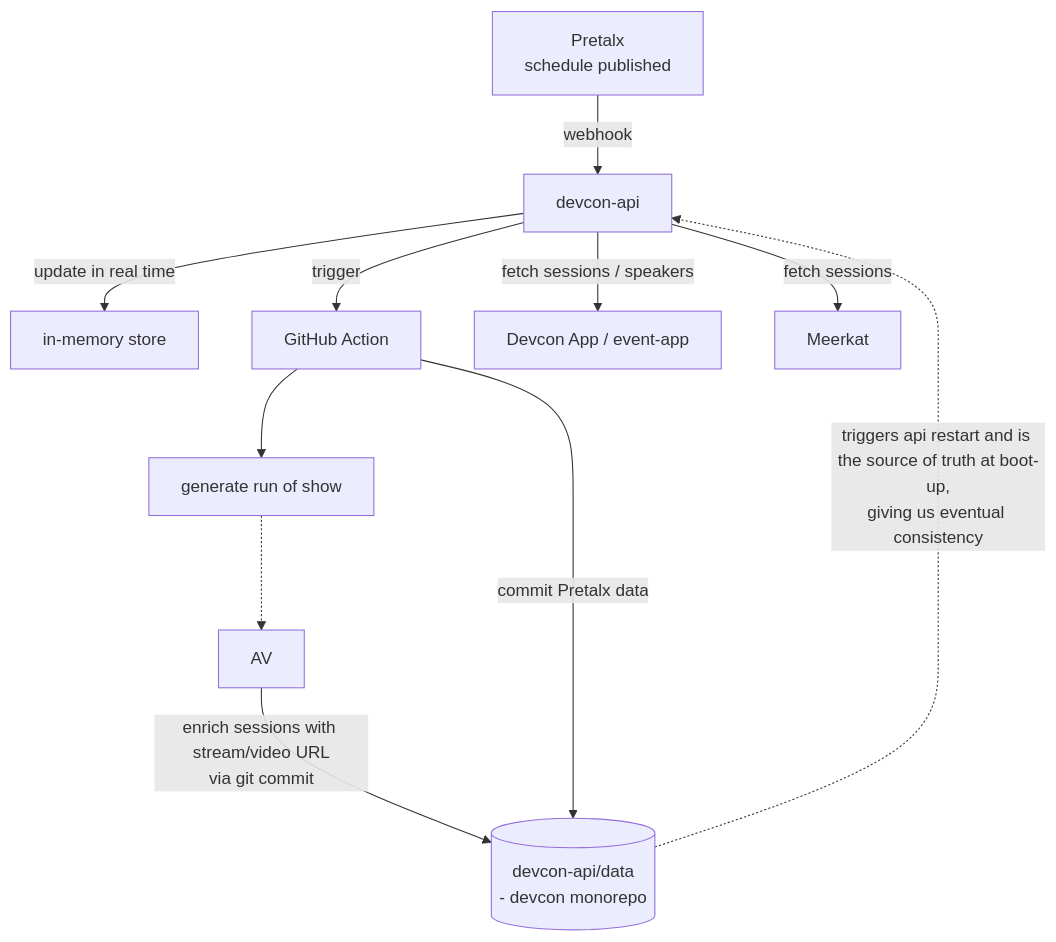
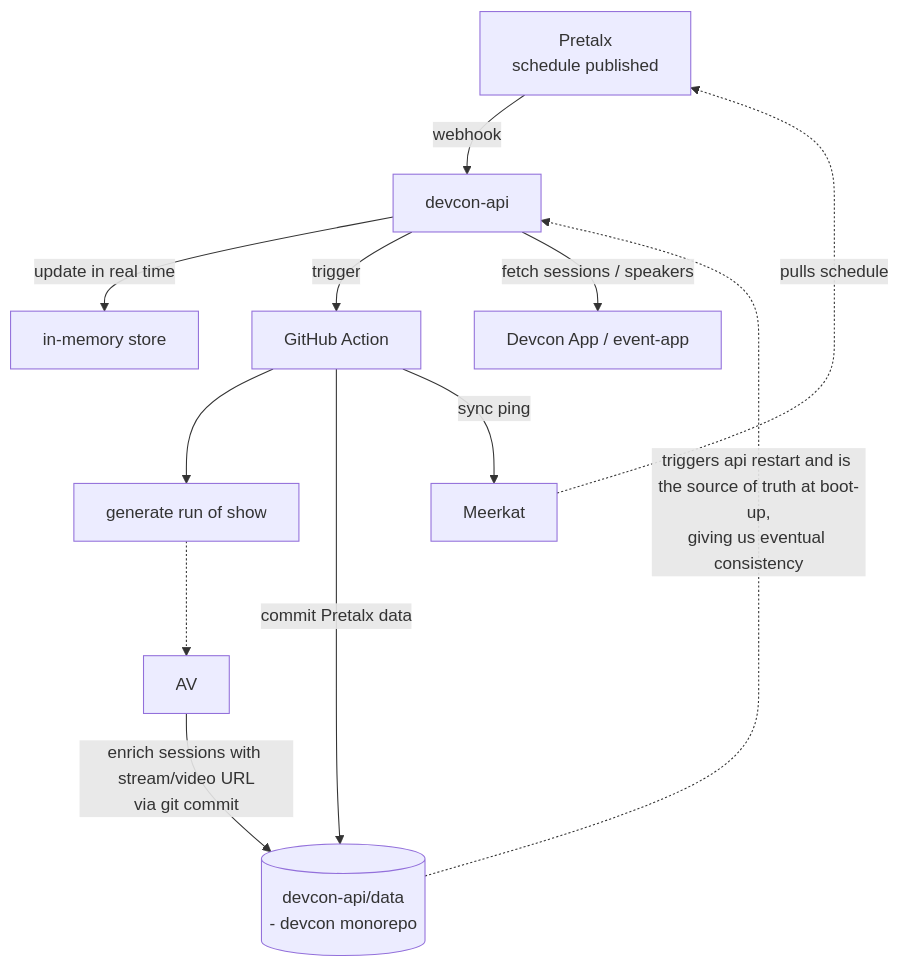
Before and after one commit to efdevcon/monorepo: the diagram in docs/av/av-stack-overview.md, drawn with Mermaid. The commit also changed other lines of this file and 5 other files, not shown here.

First line of the commit message:
Enhance Pretalx integration by adding WEBHOOK_MEERKAT_SECRET to workflows and updating sync logic

````diff
--- a/docs/av/av-stack-overview.md
+++ b/docs/av/av-stack-overview.md
@@ -81,13 +81,14 @@
 ```mermaid
 flowchart TD
     PX[Pretalx<br/>schedule published] -->|webhook| API[devcon-api]
     API -->|update in real time| STORE[in-memory store]
     API -->|trigger| GHA[GitHub Action]
     GHA --> ROS[generate run of show]
     ROS -.-> AV[AV]
     AV -->|enrich sessions with stream/video URL<br/>via git commit| DATA
     GHA -->|commit Pretalx data| DATA[(devcon-api/data<br/>- devcon monorepo)]
     DATA -.triggers api restart and is the source of truth at boot-up,<br/>giving us eventual consistency.-> API
     API -->|fetch sessions / speakers| APP[Devcon App / event-app]
-    API -->|fetch sessions| MK[Meerkat]
+    GHA -->|sync ping| MK[Meerkat]
+    MK -.->|pulls schedule| PX
 ```
````
